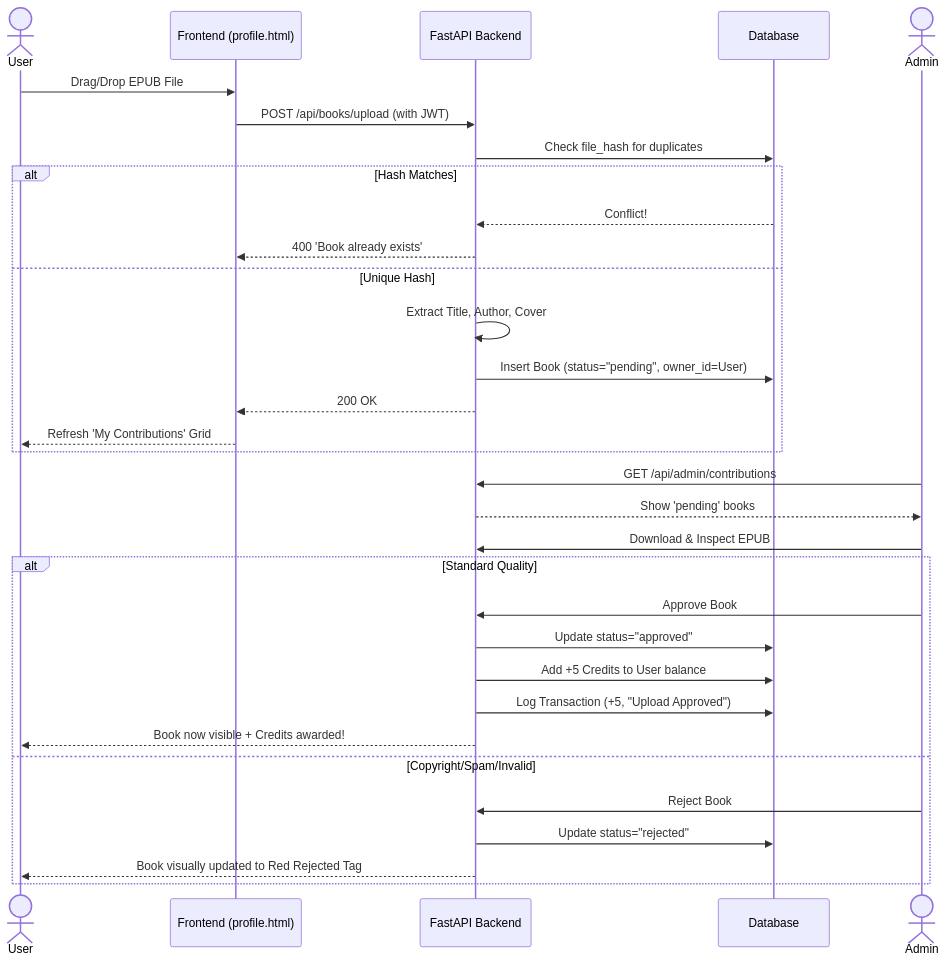
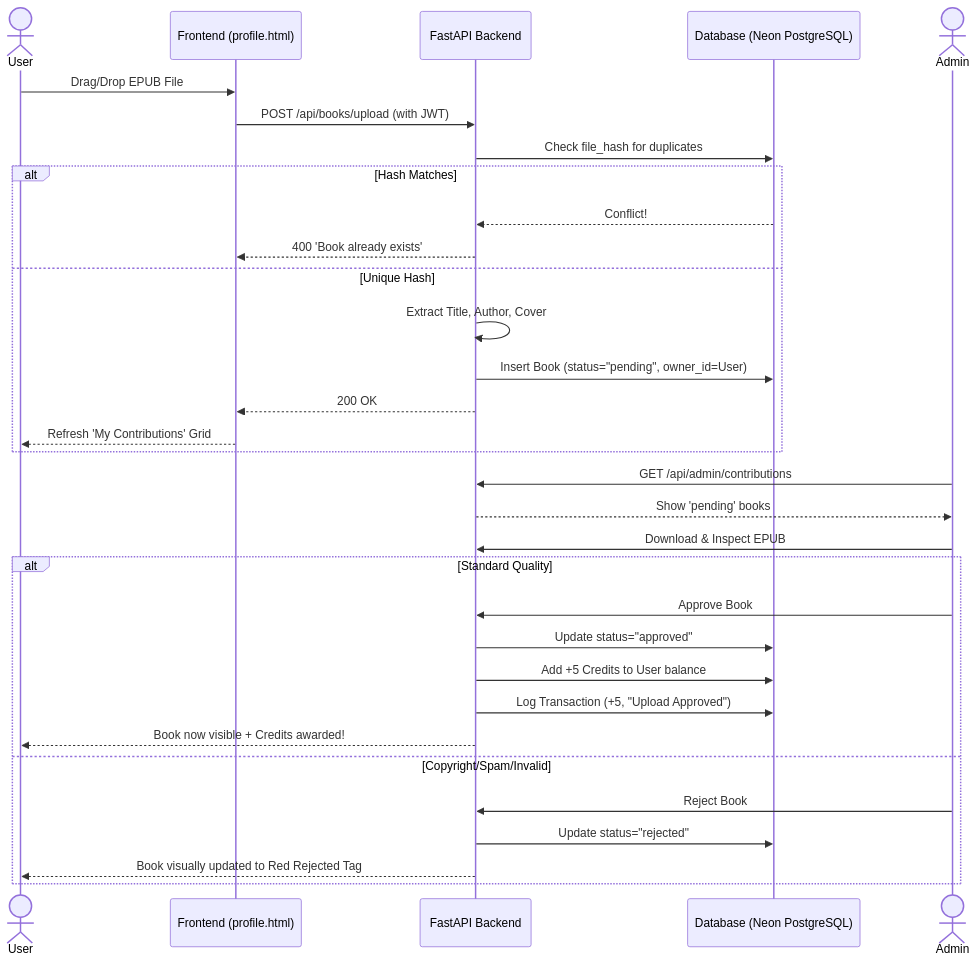
Before and after one commit to tarartem/bookShelf: the diagram in UserAccount_Implementation_EN.md, drawn with Mermaid. The commit also changed other lines of this file and 3 other files, not shown here.

Commit message:
Update documentation to reflect Neon PostgreSQL migration and persistence logic.

````diff
--- a/UserAccount_Implementation_EN.md
+++ b/UserAccount_Implementation_EN.md
@@ -57,37 +57,37 @@
 ```mermaid
 sequenceDiagram
     actor User
     participant App as Frontend (profile.html)
     participant API as FastAPI Backend
-    participant SQLite as Database
+    participant DB as Database (Neon PostgreSQL)
     actor Admin
 
     User->>App: Drag/Drop EPUB File
     App->>API: POST /api/books/upload (with JWT)
-    API->>SQLite: Check file_hash for duplicates
+    API->>DB: Check file_hash for duplicates
     alt Hash Matches
-        SQLite-->>API: Conflict!
+        DB-->>API: Conflict!
         API-->>App: 400 'Book already exists'
     else Unique Hash
         API->>API: Extract Title, Author, Cover
-        API->>SQLite: Insert Book (status="pending", owner_id=User)
+        API->>DB: Insert Book (status="pending", owner_id=User)
         API-->>App: 200 OK
         App-->>User: Refresh 'My Contributions' Grid
     end
 
     Admin->>API: GET /api/admin/contributions
     API-->>Admin: Show 'pending' books
     Admin->>API: Download & Inspect EPUB
     
     alt Standard Quality
         Admin->>API: Approve Book
-        API->>SQLite: Update status="approved"
-        API->>SQLite: Add +5 Credits to User balance
-        API->>SQLite: Log Transaction (+5, "Upload Approved")
+        API->>DB: Update status="approved"
+        API->>DB: Add +5 Credits to User balance
+        API->>DB: Log Transaction (+5, "Upload Approved")
         API-->>User: Book now visible + Credits awarded!
     else Copyright/Spam/Invalid
         Admin->>API: Reject Book
-        API->>SQLite: Update status="rejected"
+        API->>DB: Update status="rejected"
         API-->>User: Book visually updated to Red Rejected Tag
     end
 ```
````
